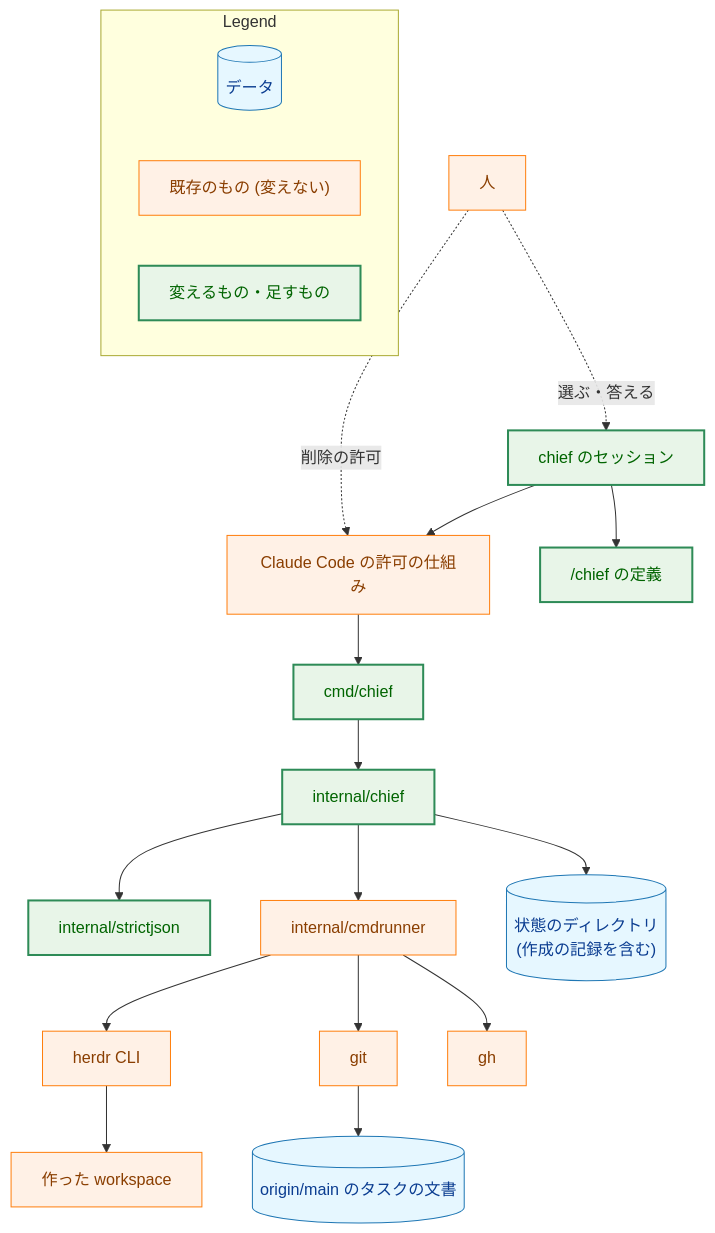
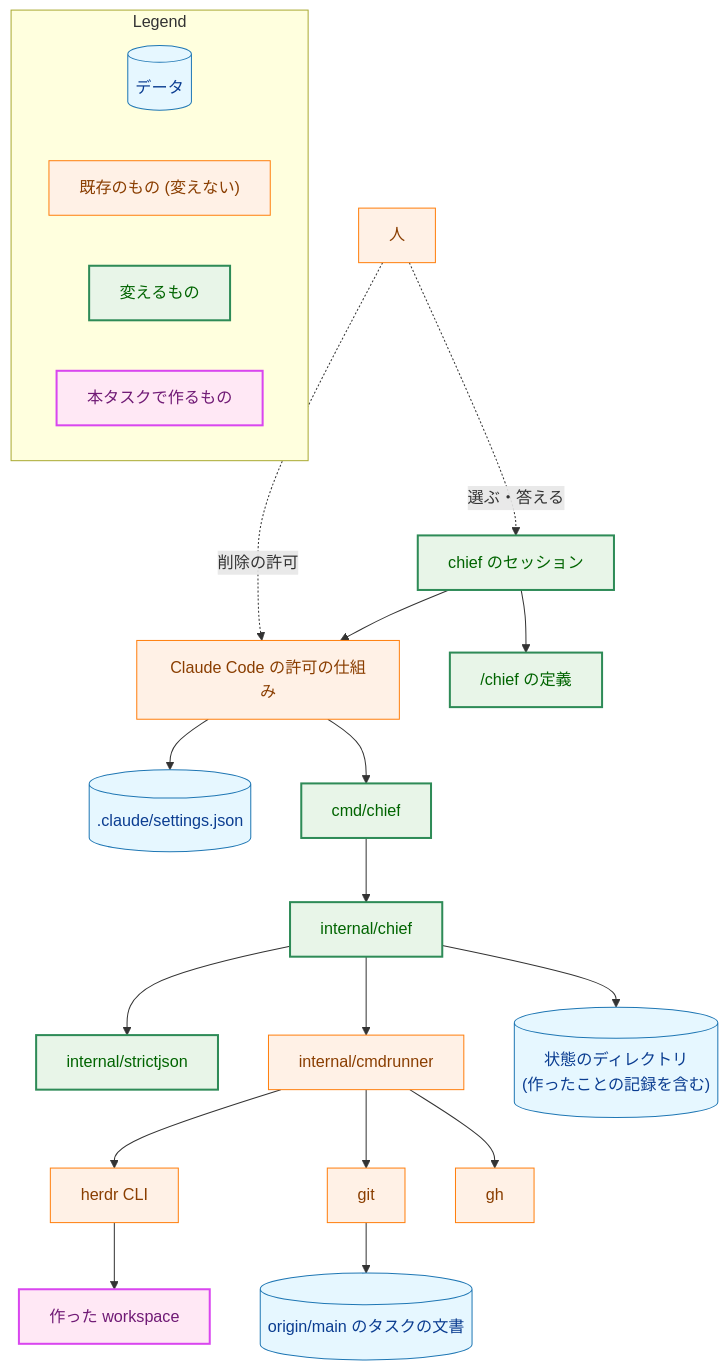
Before and after one commit to isseis/yt2column: the second of 6 diagrams in docs/tasks/0092_chief_task_workspace/02_architecture.md, drawn with Mermaid. The commit also changed other lines of this file and 2 other files, not shown here.

First line of the commit message:
docs(0092): address the architecture review and polish the Japanese prose

````diff
--- a/docs/tasks/0092_chief_task_workspace/02_architecture.md
+++ b/docs/tasks/0092_chief_task_workspace/02_architecture.md
@@ -104,49 +105,55 @@
 ```mermaid
 flowchart TB
     classDef data fill:#e6f7ff,stroke:#1f77b4,stroke-width:1px,color:#0b3d91;
     classDef process fill:#fff1e6,stroke:#ff7f0e,stroke-width:1px,color:#8a3e00;
     classDef enhanced fill:#e8f5e8,stroke:#2e8b57,stroke-width:2px,color:#006400;
+    classDef newpkg fill:#ffe8f5,stroke:#d946ef,stroke-width:2px,color:#701a75;
 
     HUMAN["人"]
     CC["Claude Code の許可の仕組み"]
+    SET[(".claude/settings.json")]
     SESSION["chief のセッション"]
     DEF["/chief の定義"]
     CMD["cmd/chief"]
     CORE["internal/chief"]
     SJ["internal/strictjson"]
     RUN["internal/cmdrunner"]
     HERDR["herdr CLI"]
     GIT["git"]
     GH["gh"]
-    STATE[("状態のディレクトリ<br>(作成の記録を含む)")]
+    STATE[("状態のディレクトリ<br>(作ったことの記録を含む)")]
     DOCS[("origin/main のタスクの文書")]
     NEWWS["作った workspace"]
 
     HUMAN -.->|"選ぶ・答える"| SESSION
     HUMAN -.->|"削除の許可"| CC
     SESSION --> DEF
     SESSION --> CC
+    CC --> SET
     CC --> CMD
     CMD --> CORE
     CORE --> SJ
     CORE --> RUN
     CORE --> STATE
     RUN --> HERDR
     RUN --> GIT
     RUN --> GH
     GIT --> DOCS
     HERDR --> NEWWS
 
-    class HUMAN,RUN,HERDR,GIT,GH,NEWWS,CC process
+    class HUMAN,RUN,HERDR,GIT,GH,CC process
     class SESSION,DEF,CMD,CORE,SJ enhanced
-    class STATE,DOCS data
+    class NEWWS newpkg
+    class STATE,DOCS,SET data
 
     subgraph Legend["Legend"]
         L1[("データ")]
         L2["既存のもの (変えない)"]
-        L3["変えるもの・足すもの"]
+        L3["変えるもの"]
+        L4["本タスクで作るもの"]
     end
     class L1 data
     class L2 process
     class L3 enhanced
+    class L4 newpkg
 ```
````
